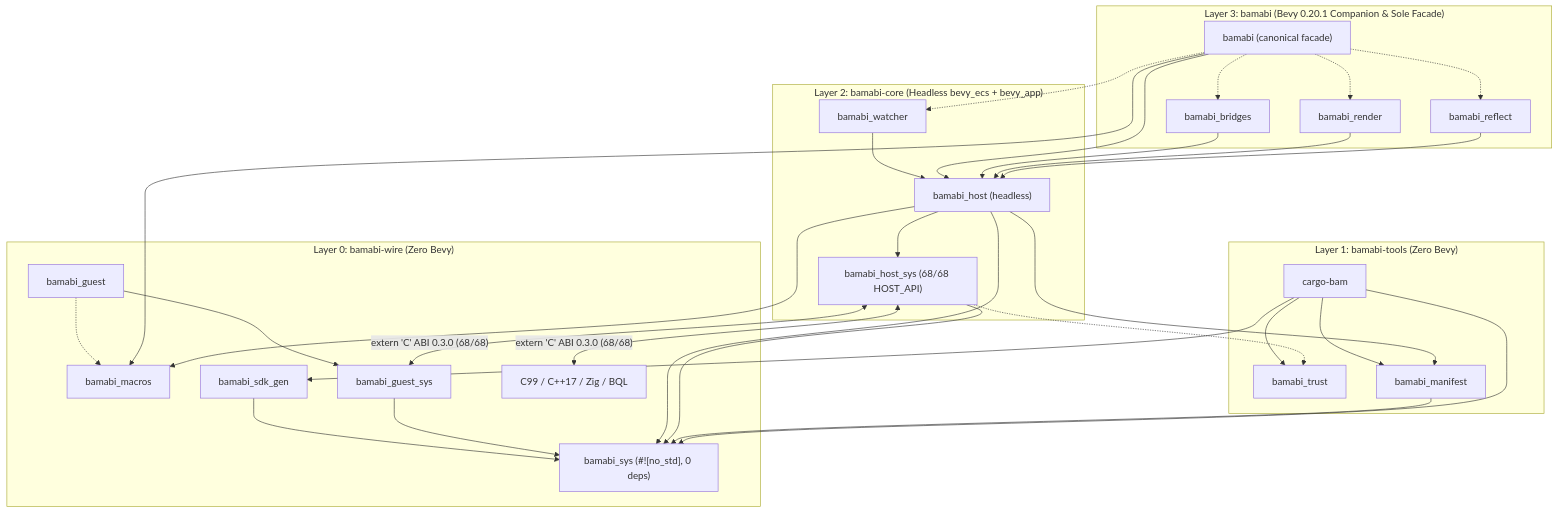
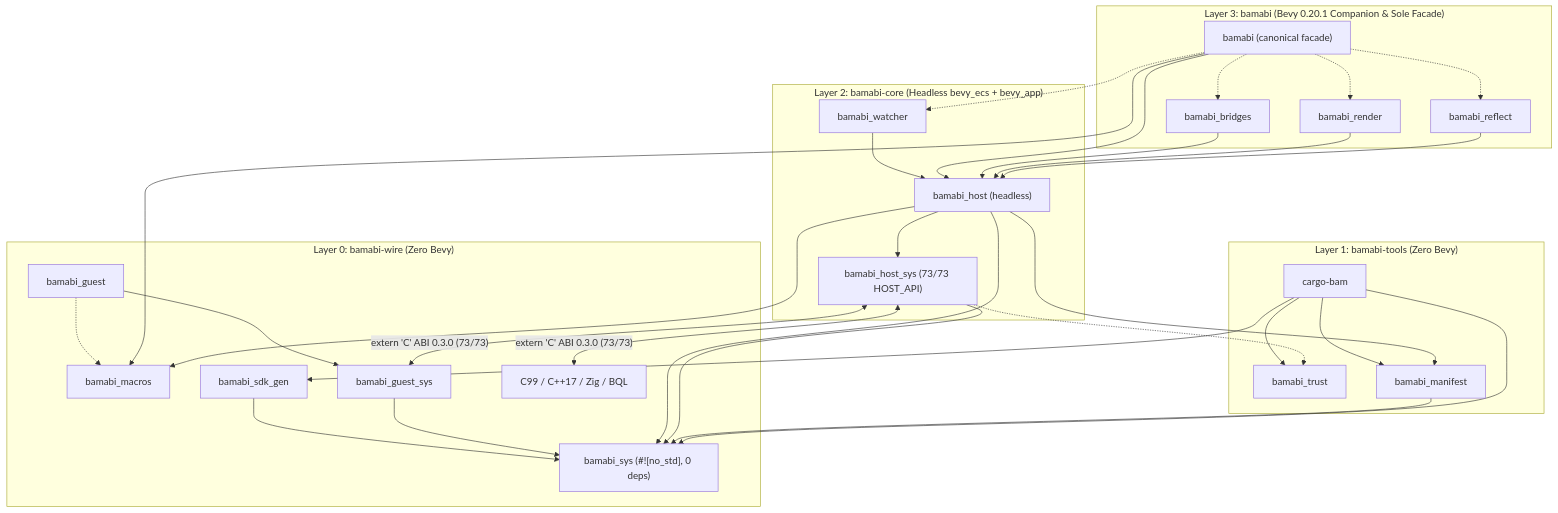
One commit to yaga-simha/bamabi-core changed the first of 3 diagrams in docs/ARCHITECTURE.md. Above: the diagram before and after it, drawn with Mermaid. The commit also changed other lines of this file and 43 other files, not shown here.

First line of the commit message:
feat(host_sys): implement 73-slot ABI 0.3.0, arena rollback rewind, and Windows budget test stability

````diff
--- a/docs/ARCHITECTURE.md
+++ b/docs/ARCHITECTURE.md
@@ -23,33 +23,33 @@
 ```mermaid
 flowchart TD
     subgraph L3["Layer 3: bamabi (Bevy 0.20.1 Companion & Sole Facade)"]
         FACADE["bamabi (canonical facade)"]
         FACADE -.-> BRIDGES["bamabi_bridges"] & RENDER["bamabi_render"] & REFLECT["bamabi_reflect"]
     end
     subgraph L2["Layer 2: bamabi-core (Headless bevy_ecs + bevy_app)"]
         HOST["bamabi_host (headless)"]
         WATCHER["bamabi_watcher"] --> HOST
-        HOST --> HOSTSYS["bamabi_host_sys (68/68 HOST_API)"]
+        HOST --> HOSTSYS["bamabi_host_sys (73/73 HOST_API)"]
     end
     subgraph L1["Layer 1: bamabi-tools (Zero Bevy)"]
         TRUST["bamabi_trust"] & MANIFEST["bamabi_manifest"]
         CLI["cargo-bam"] --> TRUST & MANIFEST
     end
     subgraph L0["Layer 0: bamabi-wire (Zero Bevy)"]
         SYS["bamabi_sys (#![no_std], 0 deps)"]
         MACROS["bamabi_macros"]
         SDKGEN["bamabi_sdk_gen"] --> SYS
         GUEST["bamabi_guest"] --> GUESTSYS["bamabi_guest_sys"] --> SYS
         GUEST -.-> MACROS
         FOREIGN["C99 / C++17 / Zig / BQL"]
     end
     FACADE --> HOST & MACROS
     FACADE -.-> WATCHER
     BRIDGES & RENDER & REFLECT --> HOST
     HOST --> MANIFEST & MACROS & SYS
     HOSTSYS -.-> TRUST
     HOSTSYS --> SYS
     MANIFEST --> SYS
     CLI --> SDKGEN & SYS
-    HOSTSYS <-->|"extern 'C' ABI 0.3.0 (68/68)"| GUESTSYS & FOREIGN
+    HOSTSYS <-->|"extern 'C' ABI 0.3.0 (73/73)"| GUESTSYS & FOREIGN
 ```
````
